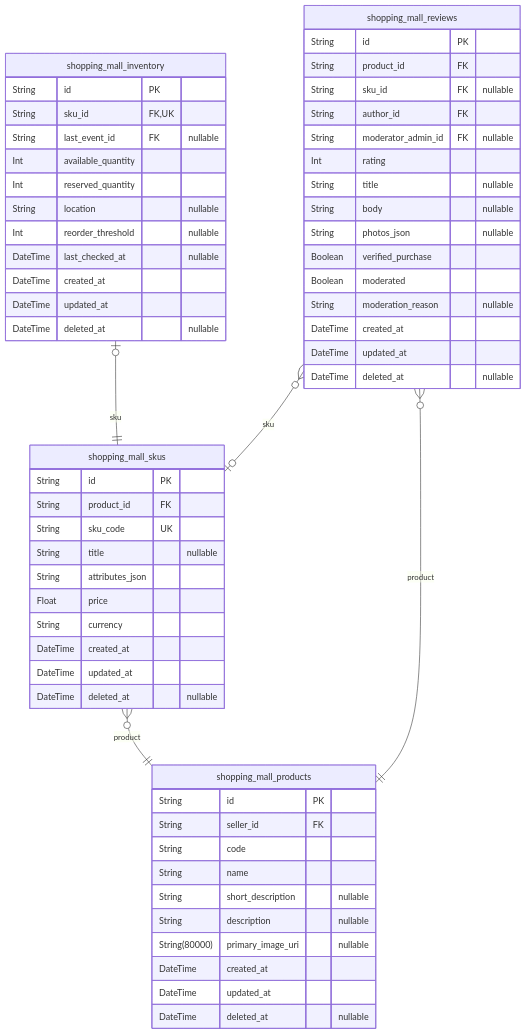
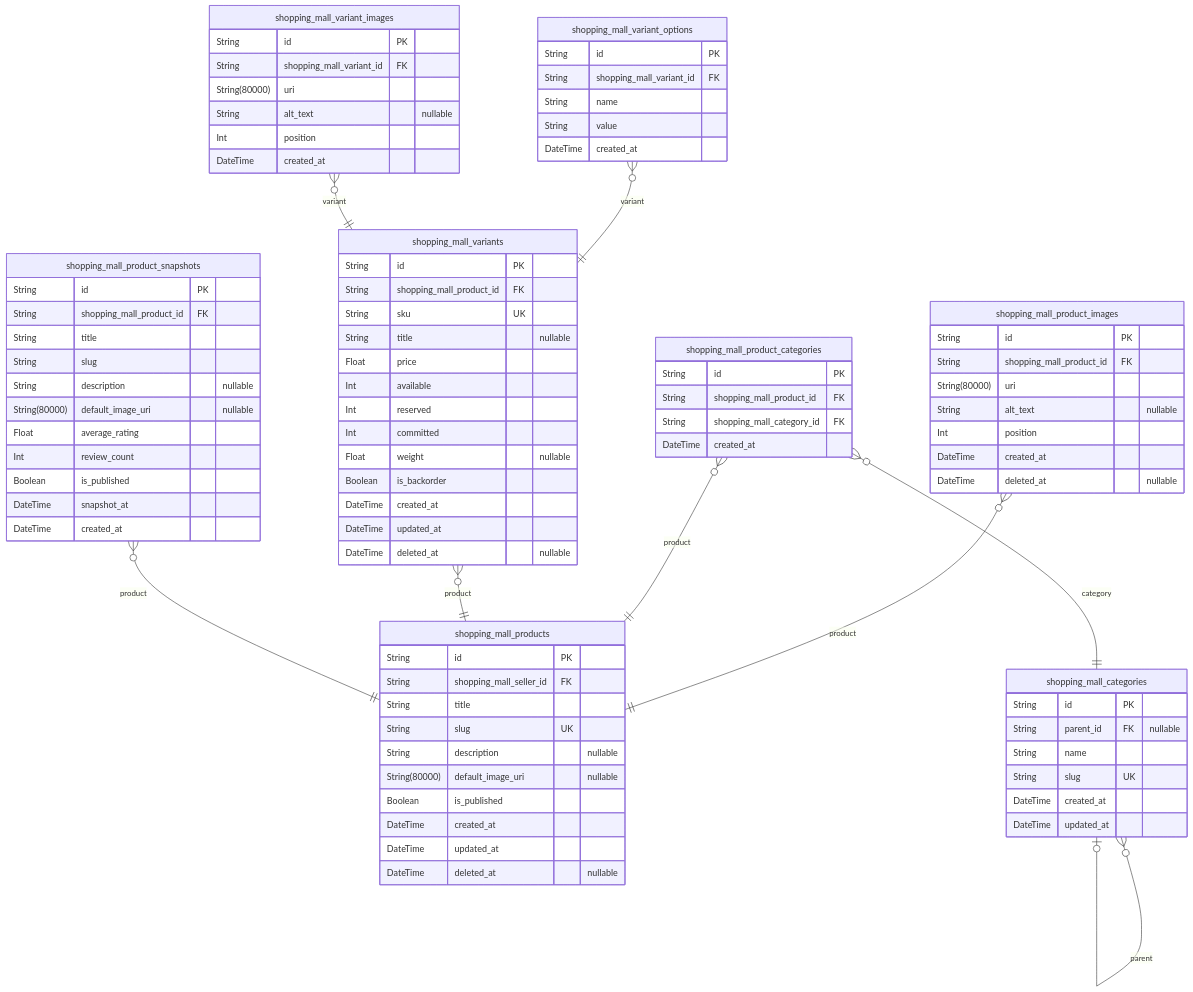
Before and after one commit to wrtnlabs/autobe-examples: the third of 11 diagrams in openai/gpt-5-mini/shopping/docs/ERD.md, drawn with Mermaid. The commit also changed other lines of this file and 16146 other files, not shown here.

````diff
--- a/openai/gpt-5-mini/shopping/docs/ERD.md
+++ b/openai/gpt-5-mini/shopping/docs/ERD.md
@@ -358,60 +439,88 @@
 erDiagram
 "shopping_mall_products" {
   String id PK
-  String seller_id FK
-  String code
-  String name
-  String short_description "nullable"
+  String shopping_mall_seller_id FK
+  String title
+  String slug UK
   String description "nullable"
-  String(80000) primary_image_uri "nullable"
+  String(80000) default_image_uri "nullable"
+  Boolean is_published
   DateTime created_at
   DateTime updated_at
   DateTime deleted_at "nullable"
 }
-"shopping_mall_skus" {
+"shopping_mall_product_images" {
   String id PK
-  String product_id FK
-  String sku_code UK
+  String shopping_mall_product_id FK
+  String(80000) uri
+  String alt_text "nullable"
+  Int position
+  DateTime created_at
+  DateTime deleted_at "nullable"
+}
+"shopping_mall_categories" {
+  String id PK
+  String parent_id FK "nullable"
+  String name
+  String slug UK
+  DateTime created_at
+  DateTime updated_at
+}
+"shopping_mall_product_categories" {
+  String id PK
+  String shopping_mall_product_id FK
+  String shopping_mall_category_id FK
+  DateTime created_at
+}
+"shopping_mall_variants" {
+  String id PK
+  String shopping_mall_product_id FK
+  String sku UK
   String title "nullable"
-  String attributes_json
   Float price
-  String currency
+  Int available
+  Int reserved
+  Int committed
+  Float weight "nullable"
+  Boolean is_backorder
   DateTime created_at
   DateTime updated_at
   DateTime deleted_at "nullable"
 }
-"shopping_mall_inventory" {
+"shopping_mall_variant_options" {
   String id PK
-  String sku_id FK,UK
-  String last_event_id FK "nullable"
-  Int available_quantity
-  Int reserved_quantity
-  String location "nullable"
-  Int reorder_threshold "nullable"
-  DateTime last_checked_at "nullable"
+  String shopping_mall_variant_id FK
+  String name
+  String value
   DateTime created_at
-  DateTime updated_at
-  DateTime deleted_at "nullable"
 }
-"shopping_mall_reviews" {
+"shopping_mall_variant_images" {
   String id PK
-  String product_id FK
-  String sku_id FK "nullable"
-  String author_id FK
-  String moderator_admin_id FK "nullable"
-  Int rating
-  String title "nullable"
-  String body "nullable"
-  String photos_json "nullable"
-  Boolean verified_purchase
-  Boolean moderated
-  String moderation_reason "nullable"
+  String shopping_mall_variant_id FK
+  String(80000) uri
+  String alt_text "nullable"
+  Int position
   DateTime created_at
-  DateTime updated_at
-  DateTime deleted_at "nullable"
 }
-"shopping_mall_skus" }o--|| "shopping_mall_products" : product
-"shopping_mall_inventory" |o--|| "shopping_mall_skus" : sku
-"shopping_mall_reviews" }o--|| "shopping_mall_products" : product
-"shopping_mall_reviews" }o--o| "shopping_mall_skus" : sku
+"shopping_mall_product_snapshots" {
+  String id PK
+  String shopping_mall_product_id FK
+  String title
+  String slug
+  String description "nullable"
+  String(80000) default_image_uri "nullable"
+  Float average_rating
+  Int review_count
+  Boolean is_published
+  DateTime snapshot_at
+  DateTime created_at
+}
+"shopping_mall_product_images" }o--|| "shopping_mall_products" : product
+"shopping_mall_categories" }o--o| "shopping_mall_categories" : parent
+"shopping_mall_product_categories" }o--|| "shopping_mall_products" : product
+"shopping_mall_product_categories" }o--|| "shopping_mall_categories" : category
+"shopping_mall_variants" }o--|| "shopping_mall_products" : product
+"shopping_mall_variant_options" }o--|| "shopping_mall_variants" : variant
+"shopping_mall_variant_images" }o--|| "shopping_mall_variants" : variant
+"shopping_mall_product_snapshots" }o--|| "shopping_mall_products" : product
 ```
````
